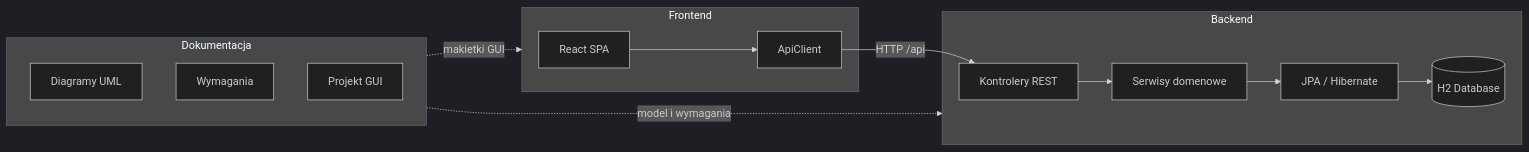
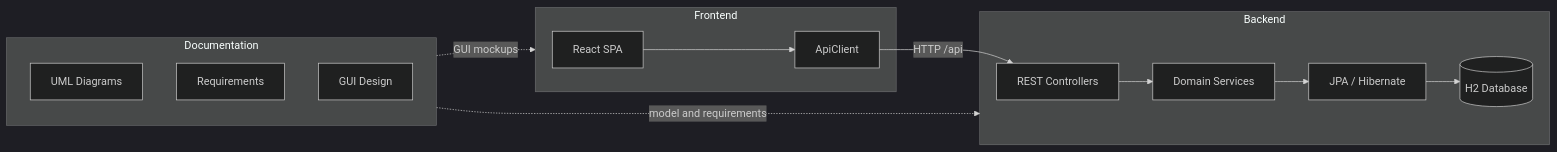
The diagram in README.md (fibetus/ScoutForce), drawn with Mermaid (dark theme) before and after one commit. The commit also changed other lines of this file, not shown here.

````diff
--- a/README.md
+++ b/README.md
@@ -31,28 +31,29 @@
 ```mermaid
 flowchart LR
-    subgraph docs [Dokumentacja]
-        UML[Diagramy UML]
-        REQ[Wymagania]
-        GUI[Projekt GUI]
+    subgraph docs [Documentation]
+        UML[UML Diagrams]
+        REQ[Requirements]
+        GUI[GUI Design]
     end
 
     subgraph frontend [Frontend]
         SPA[React SPA]
         API_CLIENT[ApiClient]
     end
 
     subgraph backend [Backend]
-        CTRL[Kontrolery REST]
-        SVC[Serwisy domenowe]
+        CTRL[REST Controllers]
+        SVC[Domain Services]
         JPA[JPA / Hibernate]
         H2[(H2 Database)]
     end
 
-    docs -.->|model i wymagania| backend
-    docs -.->|makietki GUI| frontend
+    docs -.->|model and requirements| backend
+    docs -.->|GUI mockups| frontend
     SPA --> API_CLIENT
     API_CLIENT -->|HTTP /api| CTRL
     CTRL --> SVC
     SVC --> JPA
     JPA --> H2
+
 ```
````
